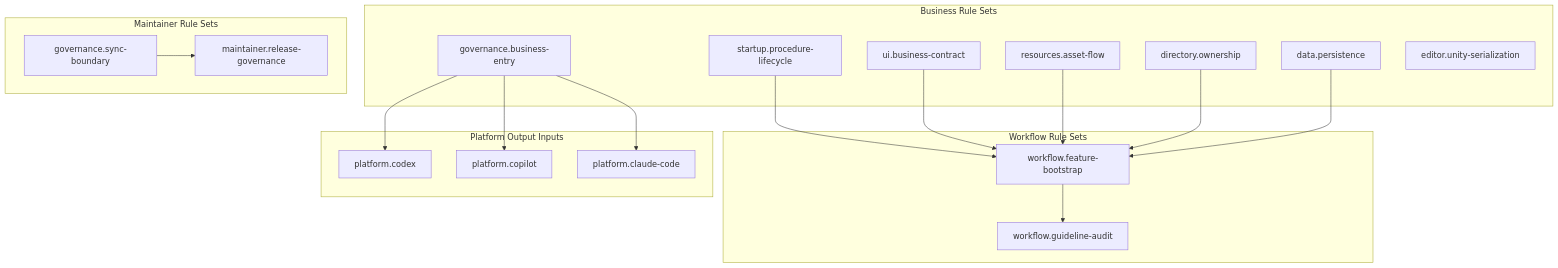
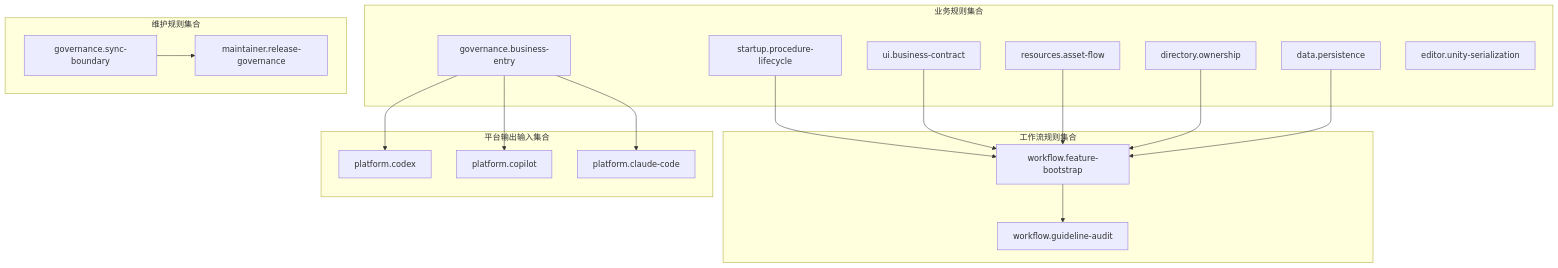
One commit to LukasChen/EFrameWork changed the third of 6 diagrams in tools/MaintainerAIWorkspace/AI_RULE_VISUAL_REVIEW.md. Above: the diagram before and after it, drawn with Mermaid. The commit also changed other lines of this file, not shown here.

Commit message:
Translate AI rule visual review guide

````diff
--- a/tools/MaintainerAIWorkspace/AI_RULE_VISUAL_REVIEW.md
+++ b/tools/MaintainerAIWorkspace/AI_RULE_VISUAL_REVIEW.md
@@ -73,39 +73,39 @@
 ```mermaid
 flowchart TB
-    subgraph BusinessSets["Business Rule Sets"]
+    subgraph BusinessSets["业务规则集合"]
         Entry["governance.business-entry"]
         Startup["startup.procedure-lifecycle"]
         UI["ui.business-contract"]
         Res["resources.asset-flow"]
         Dir["directory.ownership"]
         Data["data.persistence"]
         Editor["editor.unity-serialization"]
     end
 
-    subgraph WorkflowSets["Workflow Rule Sets"]
+    subgraph WorkflowSets["工作流规则集合"]
         Feature["workflow.feature-bootstrap"]
         Audit["workflow.guideline-audit"]
     end
 
-    subgraph MaintainerSets["Maintainer Rule Sets"]
+    subgraph MaintainerSets["维护规则集合"]
         Sync["governance.sync-boundary"]
         Release["maintainer.release-governance"]
     end
 
-    subgraph PlatformSets["Platform Output Inputs"]
+    subgraph PlatformSets["平台输出输入集合"]
         Codex["platform.codex"]
         Copilot["platform.copilot"]
         Claude["platform.claude-code"]
     end
 
     Entry --> Codex
     Entry --> Copilot
     Entry --> Claude
     Startup --> Feature
     UI --> Feature
     Res --> Feature
     Dir --> Feature
     Data --> Feature
     Feature --> Audit
     Sync --> Release
 ```
````
